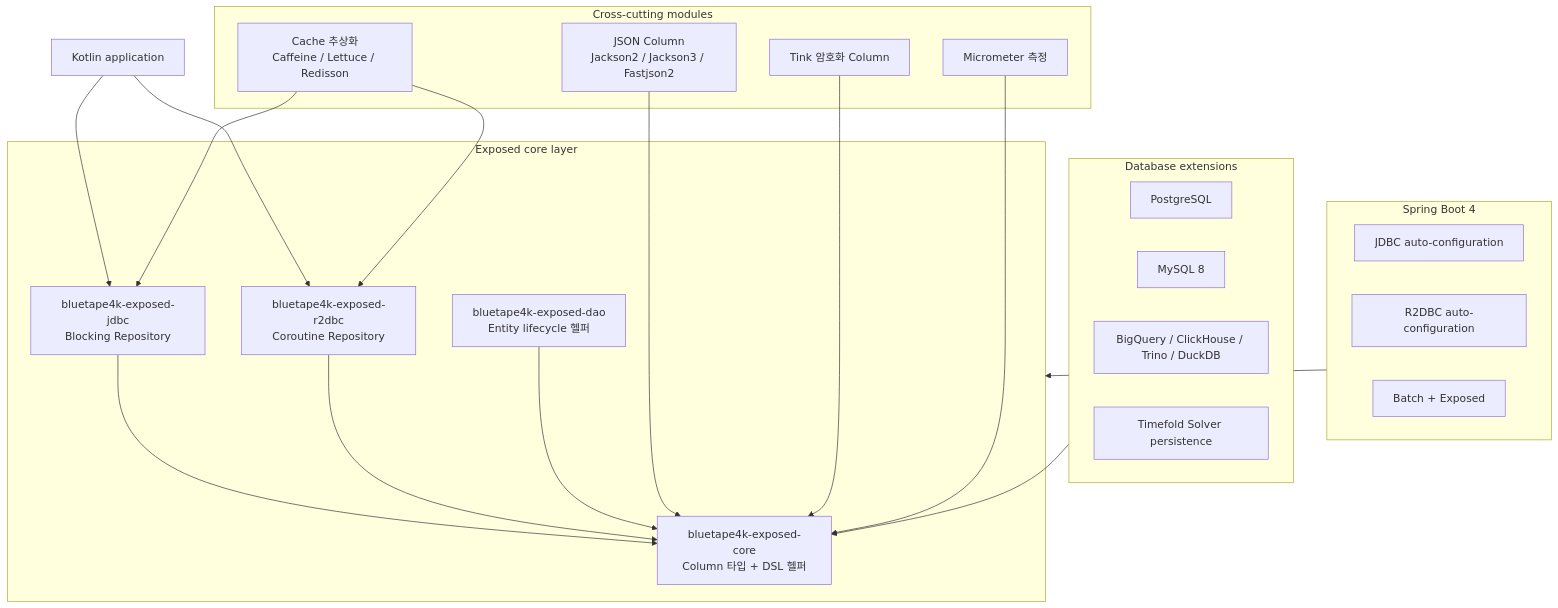
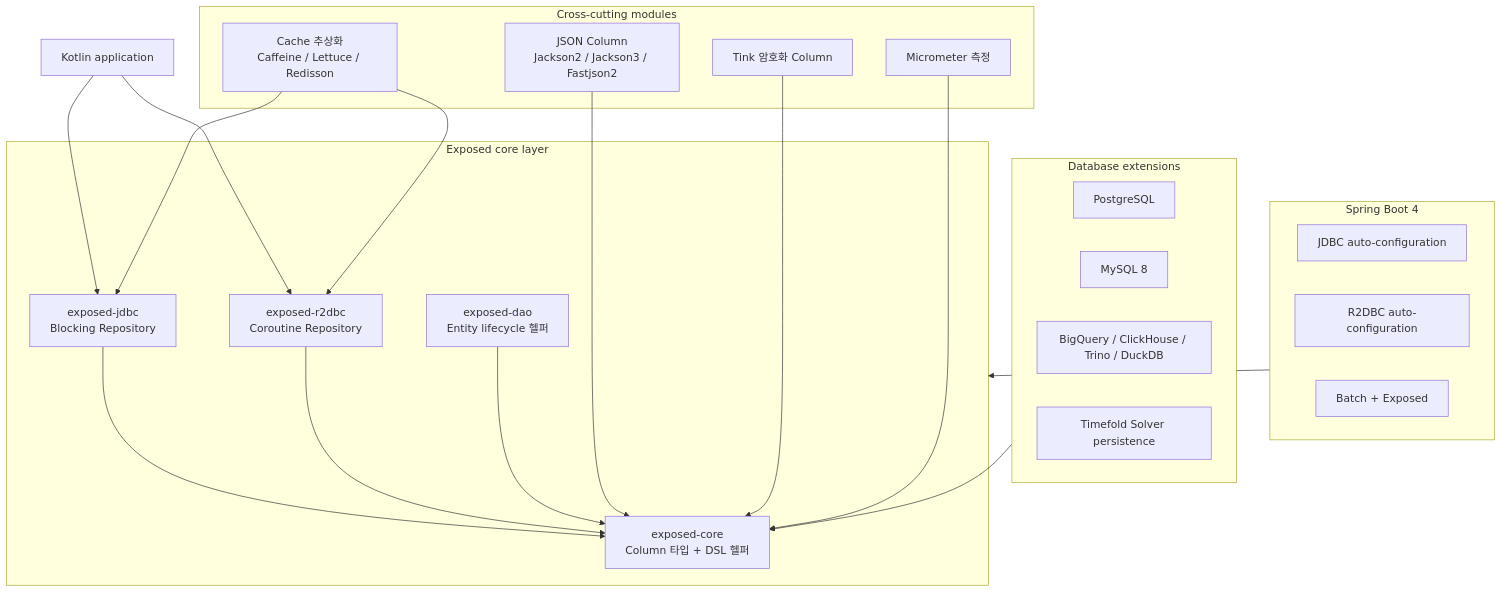
One commit to bluetape4k/bluetape4k-exposed changed the diagram in README.ko.md. Above: the diagram before and after it, drawn with Mermaid. The commit also changed other lines of this file and 127 other files, not shown here.

````diff
--- a/README.ko.md
+++ b/README.ko.md
@@ -34,44 +34,44 @@
 ```mermaid
 flowchart TD
     APP["Kotlin application"]
 
     subgraph Core["Exposed core layer"]
-        CORE["bluetape4k-exposed-core\nColumn 타입 + DSL 헬퍼"]
-        DAO["bluetape4k-exposed-dao\nEntity lifecycle 헬퍼"]
-        JDBC["bluetape4k-exposed-jdbc\nBlocking Repository"]
-        R2DBC["bluetape4k-exposed-r2dbc\nCoroutine Repository"]
+        CORE["exposed-core\nColumn 타입 + DSL 헬퍼"]
+        DAO["exposed-dao\nEntity lifecycle 헬퍼"]
+        JDBC["exposed-jdbc\nBlocking Repository"]
+        R2DBC["exposed-r2dbc\nCoroutine Repository"]
     end
 
     subgraph CrossCutting["Cross-cutting modules"]
         CACHE["Cache 추상화\nCaffeine / Lettuce / Redisson"]
         JSON["JSON Column\nJackson2 / Jackson3 / Fastjson2"]
         TINK["Tink 암호화 Column"]
         METRICS["Micrometer 측정"]
     end
 
     subgraph Dialects["Database extensions"]
         PG["PostgreSQL"]
         MYSQL["MySQL 8"]
         ANALYTICS["BigQuery / ClickHouse / Trino / DuckDB"]
         TIMEFOLD["Timefold Solver persistence"]
     end
 
     subgraph Boot["Spring Boot 4"]
         BOOTJDBC["JDBC auto-configuration"]
         BOOTR2DBC["R2DBC auto-configuration"]
         BATCH["Batch + Exposed"]
     end
 
     APP --> JDBC
     APP --> R2DBC
     JDBC --> CORE
     R2DBC --> CORE
     DAO --> CORE
     CACHE --> JDBC
     CACHE --> R2DBC
     JSON --> CORE
     TINK --> CORE
     METRICS --> CORE
     Dialects --> CORE
     Boot --> Core
 ```
````
